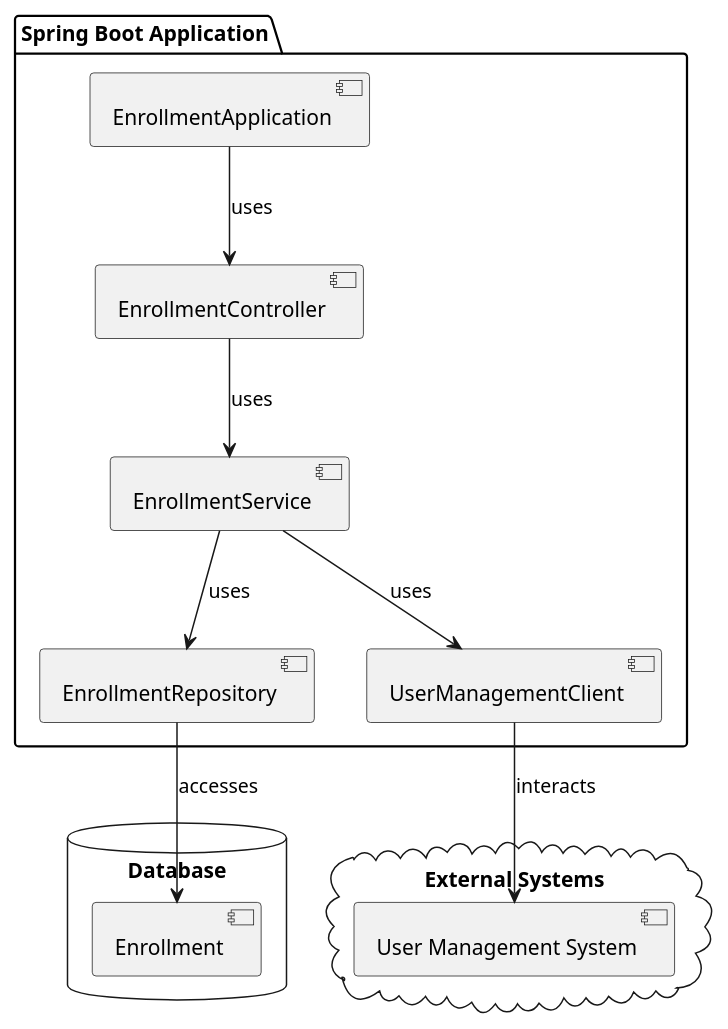
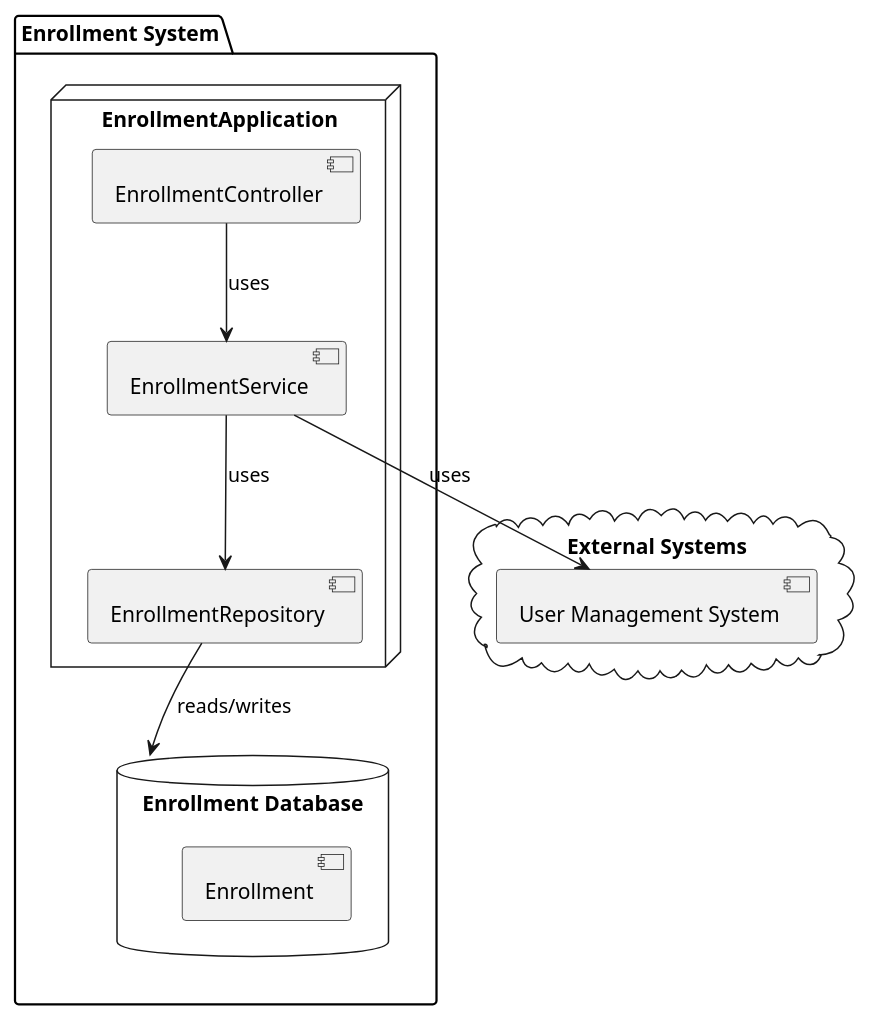
Before and after one commit to Dinesh-s95/AutoDoc.ai: the diagram in enrollment/documentation/architecturedesign.adoc, drawn with PlantUML. The commit also changed other lines of this file and 4 other files, not shown here.

```diff
--- a/enrollment/documentation/architecturedesign.adoc
+++ b/enrollment/documentation/architecturedesign.adoc
@@ -7,28 +9,24 @@
 [plantuml, diagram-architecture, png]
 ----
 @startuml
-package "Spring Boot Application" {
-  [EnrollmentApplication] as EA
-  [EnrollmentController] as EC
-  [EnrollmentService] as ES
-  [EnrollmentRepository] as ER
-  [UserManagementClient] as UMC
-}
-
-database "Database" {
-  [Enrollment]
+package "Enrollment System" {
+  node "EnrollmentApplication" {
+    [EnrollmentController]
+    [EnrollmentService]
+    [EnrollmentRepository]
+  }
+  database "Enrollment Database" {
+    [Enrollment]
+  }
 }
 
 cloud "External Systems" {
   [User Management System]
 }
 
-EA --> EC : uses
-EC --> ES : uses
-ES --> ER : uses
-ES --> UMC : uses
-ER --> Enrollment : accesses
-UMC --> [User Management System] : interacts
-
+[EnrollmentController] --> [EnrollmentService] : uses
+[EnrollmentService] --> [EnrollmentRepository] : uses
+[EnrollmentService] --> [User Management System] : uses
+[EnrollmentRepository] --> [Enrollment Database] : reads/writes
 @enduml
 ----
```
